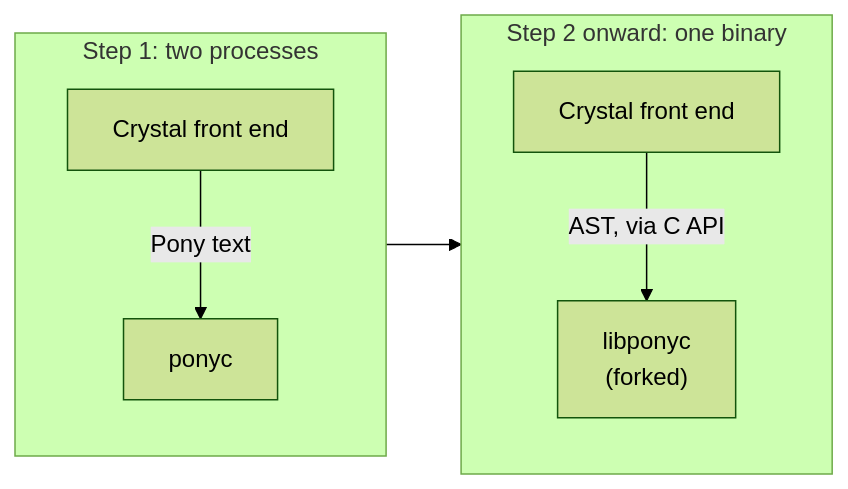
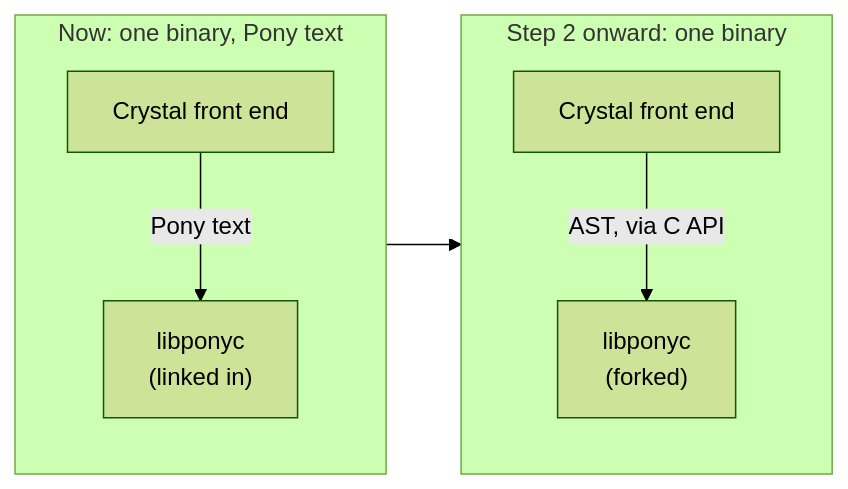
The fifth of 5 diagrams in DESIGN.md (nogginly/sparkle), drawn with Mermaid (forest theme) before and after one commit. The commit also changed other lines of this file and 10 other files, not shown here.

First line of the commit message:
Compile in-process with the linked-in Pony compiler

````diff
--- a/DESIGN.md
+++ b/DESIGN.md
@@ -168,10 +171,10 @@
 ```mermaid
 flowchart LR
-    subgraph Now["Step 1: two processes"]
-        A1["Crystal front end"] -- "Pony text" --> A2["ponyc"]
+    subgraph Now["Now: one binary, Pony text"]
+        A1["Crystal front end"] -- "Pony text" --> A2["libponyc<br/>(linked in)"]
     end
     subgraph Later["Step 2 onward: one binary"]
         B1["Crystal front end"] -- "AST, via C API" --> B2["libponyc<br/>(forked)"]
     end
     Now --> Later
 ```
````
